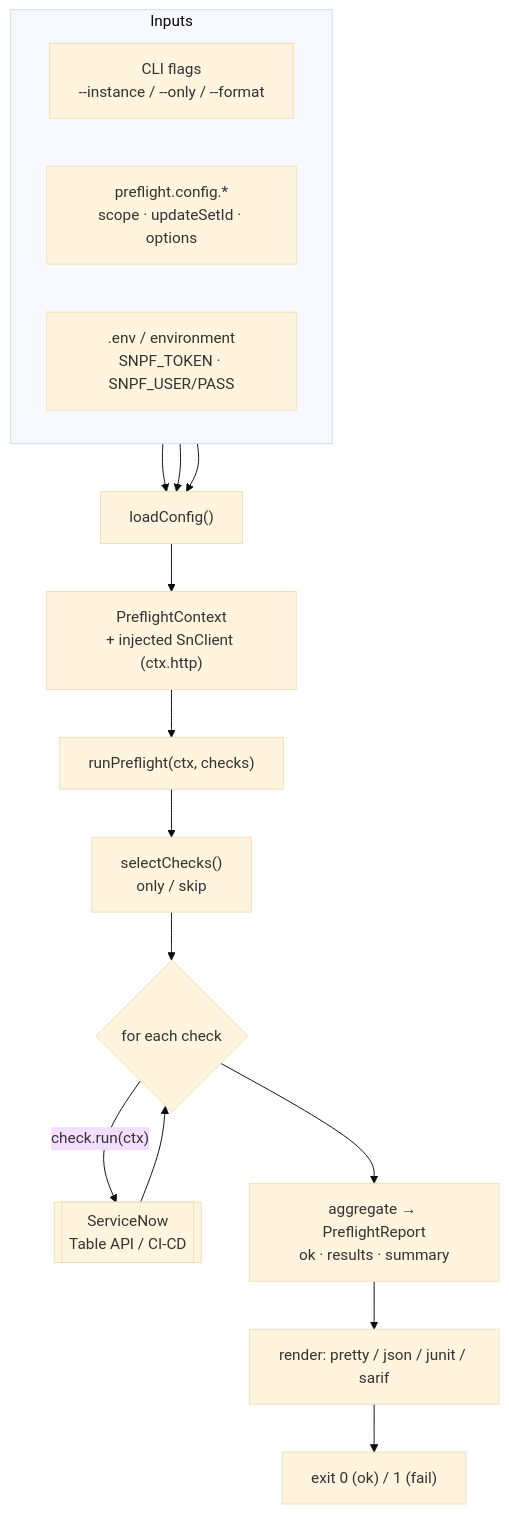
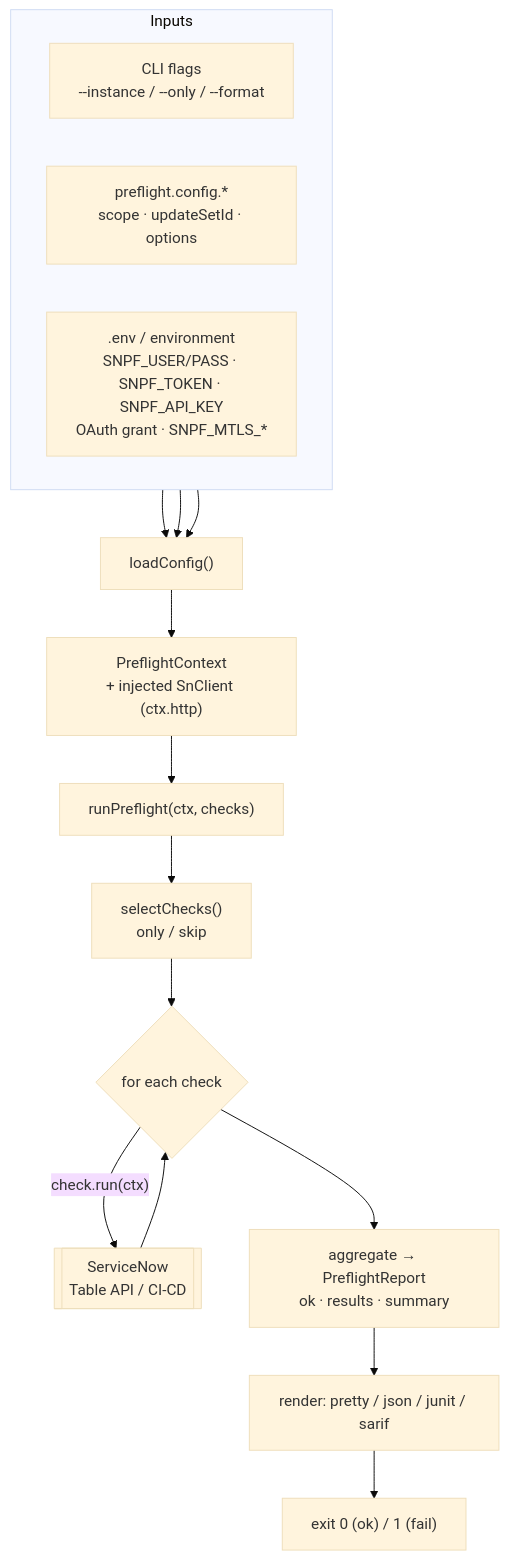
One commit to IvanBBaev/servicenow-preflight changed the first of 6 diagrams in README.md. Above: the diagram before and after it, drawn with Mermaid (base theme). The commit also changed other lines of this file and 30 other files, not shown here.

````diff
--- a/README.md
+++ b/README.md
@@ -114,23 +115,23 @@
 ```mermaid
 flowchart TD
     subgraph Inputs
       direction LR
       CLI["CLI flags<br/>--instance / --only / --format"]
       CFG["preflight.config.*<br/>scope · updateSetId · options"]
-      ENV[".env / environment<br/>SNPF_TOKEN · SNPF_USER/PASS"]
+      ENV[".env / environment<br/>SNPF_USER/PASS · SNPF_TOKEN · SNPF_API_KEY<br/>OAuth grant · SNPF_MTLS_*"]
     end
 
     CLI --> LOAD["loadConfig()"]
     CFG --> LOAD
     ENV --> LOAD
 
     LOAD --> CTX["PreflightContext<br/>+ injected SnClient (ctx.http)"]
     CTX --> RUN["runPreflight(ctx, checks)"]
     RUN --> SEL["selectChecks()<br/>only / skip"]
     SEL --> LOOP{"for each check"}
     LOOP -->|"check.run(ctx)"| SN[["ServiceNow<br/>Table API / CI-CD"]]
     SN --> LOOP
     LOOP --> AGG["aggregate → PreflightReport<br/>ok · results · summary"]
     AGG --> OUT["render: pretty / json / junit / sarif"]
     OUT --> EXIT["exit 0 (ok) / 1 (fail)"]
 ```
````
